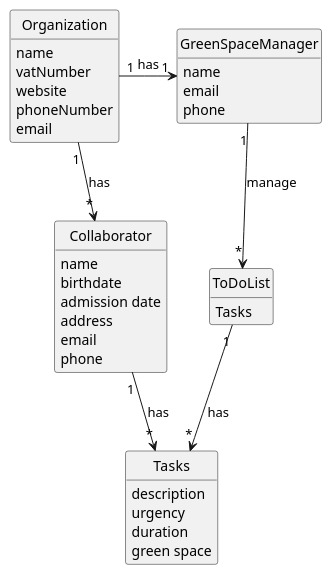
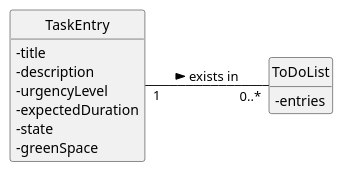
One commit to Departamento-de-Engenharia-Informatica/lei-24-s2-1dkl-g134 changed the diagram in docs/sprintC/us021/02.analysis/puml/us021-domain-model.puml. Above: the diagram before and after it, drawn with PlantUML. The commit also changed 6 other files, not shown here.

```diff
--- a/docs/sprintC/us021/02.analysis/puml/us021-domain-model.puml
+++ b/docs/sprintC/us021/02.analysis/puml/us021-domain-model.puml
@@ -1,53 +1,33 @@
 @startuml
 skinparam monochrome true
 skinparam packageStyle rectangle
 skinparam shadowing false
+
+left to right direction
 
 skinparam classAttributeIconSize 0
 
 hide circle
 hide methods
 
 
-class Organization {
-    name
-    vatNumber
-    website
-    phoneNumber
-    email
+
+class "TaskEntry" {
+    -title
+    -description
+    -urgencyLevel
+    -expectedDuration
+    -state
+    -greenSpace
+
 }
 
-class Tasks {
- description
- urgency
- duration
- green space
+
+class "ToDoList" {
+    -entries
 }
 
-class ToDoList {
-    Tasks
-}
 
-class GreenSpaceManager {
-    name
-    email
-    phone
-}
-
-class Collaborator {
-    name
-    birthdate
-    admission date
-    address
-    email
-    phone
-}
-
-Organization "1" --> "*" Collaborator : has
-Organization "1" -> "1" GreenSpaceManager : has
-Collaborator "1" --> "*" Tasks : has
-GreenSpaceManager "1" --> "*" ToDoList : manage
-ToDoList "1" --> "*" Tasks :has
-
+TaskEntry "1" -- "0..*" ToDoList : exists in >
 
 @enduml
```
